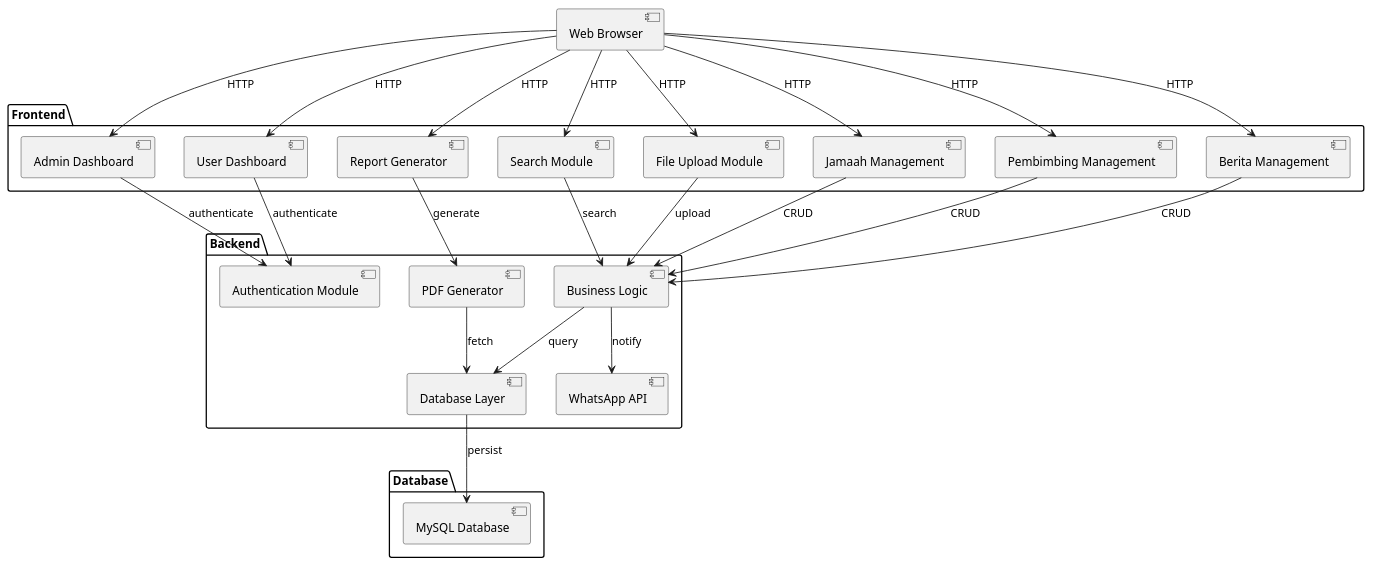
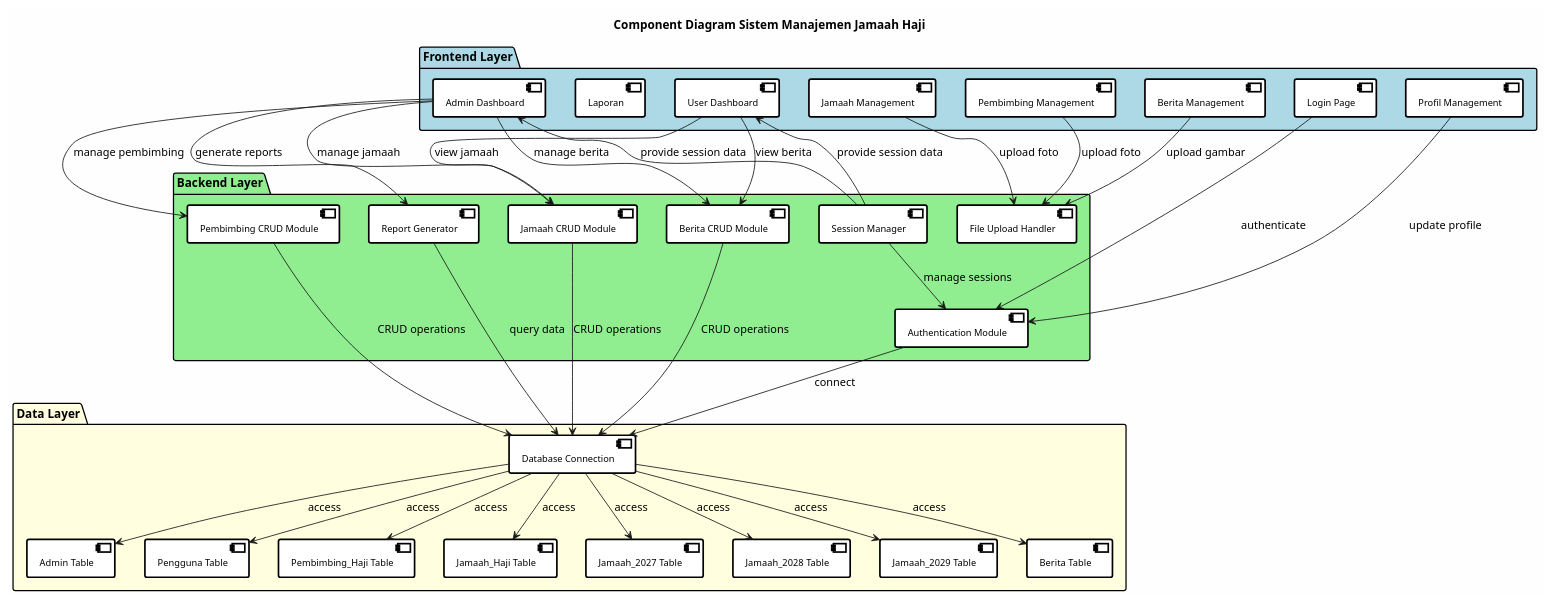
Before and after one commit to fauzirahayu/uzicom: the diagram in component_diagram.puml, drawn with PlantUML. The commit also changed 15 other files, not shown here.

Commit message:
update diagrams & delete unused files

```diff
--- a/component_diagram.puml
+++ b/component_diagram.puml
@@ -1,51 +1,84 @@
-@startuml Component Diagram - Sistem Informasi Jamaah Haji
+@startuml Component Diagram Sistem Manajemen Jamaah Haji
 
-[Web Browser] as Browser
+title Component Diagram Sistem Manajemen Jamaah Haji
 
-package "Frontend" {
-  [Admin Dashboard]
-  [User Dashboard]
-  [Jamaah Management]
-  [Pembimbing Management]
-  [Berita Management]
-  [Report Generator]
-  [Search Module]
-  [File Upload Module]
+skinparam backgroundColor #FEFEFE
+skinparam component {
+    BackgroundColor #FFFFFF
+    BorderColor #000000
+    BorderThickness 2
+    FontSize 11
 }
 
-package "Backend" {
-  [Authentication Module]
-  [Database Layer]
-  [Business Logic]
-  [PDF Generator]
-  [WhatsApp API]
+' Frontend Layer
+package "Frontend Layer" as FL #LightBlue {
+    [Login Page] as login
+    [Admin Dashboard] as admin_dash
+    [User Dashboard] as user_dash
+    [Jamaah Management] as jamaah_mgmt
+    [Pembimbing Management] as pembimbing_mgmt
+    [Berita Management] as berita_mgmt
+    [Laporan] as laporan
+    [Profil Management] as profil_mgmt
 }
 
-package "Database" {
-  [MySQL Database]
+' Backend Layer
+package "Backend Layer" as BL #LightGreen {
+    [Authentication Module] as auth
+    [Jamaah CRUD Module] as jamaah_crud
+    [Pembimbing CRUD Module] as pembimbing_crud
+    [Berita CRUD Module] as berita_crud
+    [Report Generator] as report_gen
+    [File Upload Handler] as file_upload
+    [Session Manager] as session_mgr
 }
 
-Browser --> [Admin Dashboard] : HTTP
-Browser --> [User Dashboard] : HTTP
-Browser --> [Jamaah Management] : HTTP
-Browser --> [Pembimbing Management] : HTTP
-Browser --> [Berita Management] : HTTP
-Browser --> [Report Generator] : HTTP
-Browser --> [Search Module] : HTTP
-Browser --> [File Upload Module] : HTTP
+' Data Layer
+package "Data Layer" as DL #LightYellow {
+    [Database Connection] as db_conn
+    [Admin Table] as admin_tbl
+    [Pengguna Table] as pengguna_tbl
+    [Pembimbing_Haji Table] as pembimbing_tbl
+    [Jamaah_Haji Table] as jamaah_haji_tbl
+    [Jamaah_2027 Table] as jamaah_2027_tbl
+    [Jamaah_2028 Table] as jamaah_2028_tbl
+    [Jamaah_2029 Table] as jamaah_2029_tbl
+    [Berita Table] as berita_tbl
+}
 
-[Admin Dashboard] --> [Authentication Module] : authenticate
-[User Dashboard] --> [Authentication Module] : authenticate
-[Jamaah Management] --> [Business Logic] : CRUD
-[Pembimbing Management] --> [Business Logic] : CRUD
-[Berita Management] --> [Business Logic] : CRUD
-[Report Generator] --> [PDF Generator] : generate
-[Search Module] --> [Business Logic] : search
-[File Upload Module] --> [Business Logic] : upload
+' Frontend to Backend connections
+login --> auth : authenticate
+admin_dash --> jamaah_crud : manage jamaah
+admin_dash --> pembimbing_crud : manage pembimbing
+admin_dash --> berita_crud : manage berita
+admin_dash --> report_gen : generate reports
+user_dash --> berita_crud : view berita
+user_dash --> jamaah_crud : view jamaah
+profil_mgmt --> auth : update profile
+jamaah_mgmt --> file_upload : upload foto
+pembimbing_mgmt --> file_upload : upload foto
+berita_mgmt --> file_upload : upload gambar
 
-[Business Logic] --> [Database Layer] : query
-[Business Logic] --> [WhatsApp API] : notify
-[Database Layer] --> [MySQL Database] : persist
-[PDF Generator] --> [Database Layer] : fetch
+' Backend to Data connections
+auth --> db_conn : connect
+jamaah_crud --> db_conn : CRUD operations
+pembimbing_crud --> db_conn : CRUD operations
+berita_crud --> db_conn : CRUD operations
+report_gen --> db_conn : query data
+
+' Data Layer internal connections
+db_conn --> admin_tbl : access
+db_conn --> pengguna_tbl : access
+db_conn --> pembimbing_tbl : access
+db_conn --> jamaah_haji_tbl : access
+db_conn --> jamaah_2027_tbl : access
+db_conn --> jamaah_2028_tbl : access
+db_conn --> jamaah_2029_tbl : access
+db_conn --> berita_tbl : access
+
+' Session management
+session_mgr --> auth : manage sessions
+session_mgr --> admin_dash : provide session data
+session_mgr --> user_dash : provide session data
 
 @enduml
```
